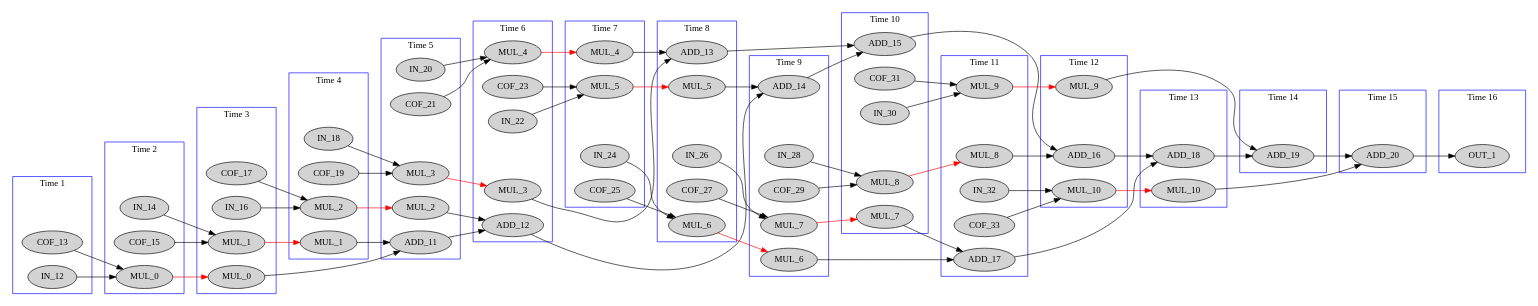
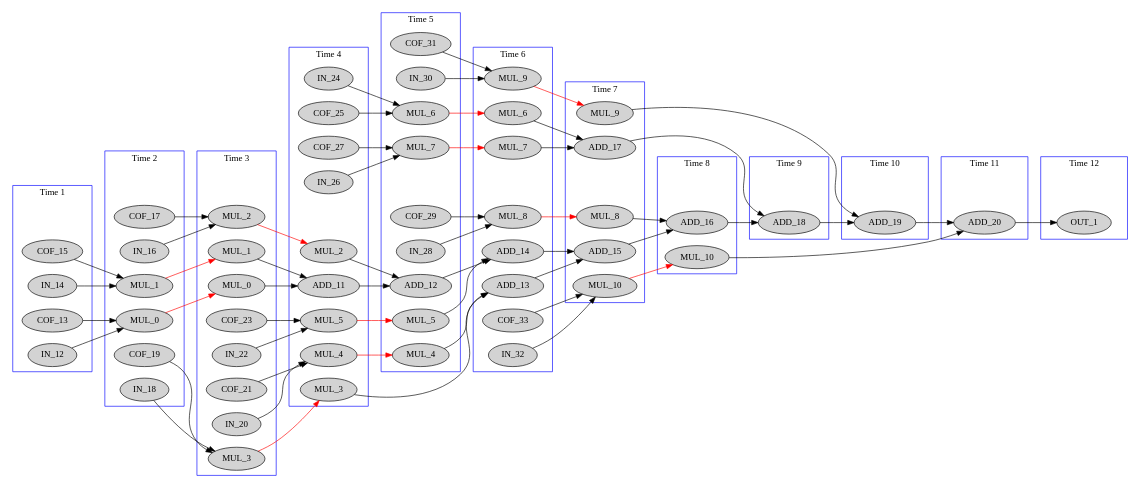
One commit to thegabriele97/TCL-Learning changed the diagram in contest/WORK_ShyHLS/data/out/contest_fir.dot. Above: the diagram before and after it, drawn with Graphviz. The commit also changed 9 other files, not shown here.

```diff
--- a/contest/WORK_ShyHLS/data/out/contest_fir.dot
+++ b/contest/WORK_ShyHLS/data/out/contest_fir.dot
@@ -9,6 +9,8 @@
     pseudo_1 [style=invis];
     IN_12
     COF_13
+    IN_14
+    COF_15
   }
   subgraph cluster_2 {
     rank=same;
@@ -17,8 +19,11 @@
     color = blue;
     pseudo_2 [style=invis];
     MUL_0_0 [label=MUL_0]
-    IN_14
-    COF_15
+    MUL_1_0 [label=MUL_1]
+    IN_16
+    COF_17
+    IN_18
+    COF_19
   }
   subgraph cluster_3 {
     rank=same;
@@ -27,9 +32,13 @@
     color = blue;
     pseudo_3 [style=invis];
     MUL_0_1 [label=MUL_0]
-    MUL_1_0 [label=MUL_1]
-    IN_16
-    COF_17
+    MUL_1_1 [label=MUL_1]
+    MUL_2_0 [label=MUL_2]
+    MUL_3_0 [label=MUL_3]
+    IN_20
+    COF_21
+    IN_22
+    COF_23
   }
   subgraph cluster_4 {
     rank=same;
@@ -37,10 +46,15 @@
     label = "Time 4";
     color = blue;
     pseudo_4 [style=invis];
-    MUL_1_1 [label=MUL_1]
-    MUL_2_0 [label=MUL_2]
-    IN_18
-    COF_19
+    MUL_2_1 [label=MUL_2]
+    MUL_3_1 [label=MUL_3]
+    MUL_4_0 [label=MUL_4]
+    MUL_5_0 [label=MUL_5]
+    ADD_11
+    IN_24
+    COF_25
+    IN_26
+    COF_27
   }
   subgraph cluster_5 {
     rank=same;
@@ -48,11 +62,15 @@
     label = "Time 5";
     color = blue;
     pseudo_5 [style=invis];
-    MUL_2_1 [label=MUL_2]
-    MUL_3_0 [label=MUL_3]
-    ADD_11
-    IN_20
-    COF_21
+    MUL_4_1 [label=MUL_4]
+    MUL_5_1 [label=MUL_5]
+    MUL_6_0 [label=MUL_6]
+    MUL_7_0 [label=MUL_7]
+    ADD_12
+    IN_28
+    COF_29
+    IN_30
+    COF_31
   }
   subgraph cluster_6 {
     rank=same;
@@ -60,11 +78,14 @@
     label = "Time 6";
     color = blue;
     pseudo_6 [style=invis];
-    MUL_3_1 [label=MUL_3]
-    MUL_4_0 [label=MUL_4]
-    ADD_12
-    IN_22
-    COF_23
+    MUL_6_1 [label=MUL_6]
+    MUL_7_1 [label=MUL_7]
+    MUL_8_0 [label=MUL_8]
+    MUL_9_0 [label=MUL_9]
+    ADD_13
+    ADD_14
+    IN_32
+    COF_33
   }
   subgraph cluster_7 {
     rank=same;
@@ -72,10 +93,11 @@
     label = "Time 7";
     color = blue;
     pseudo_7 [style=invis];
-    MUL_4_1 [label=MUL_4]
-    MUL_5_0 [label=MUL_5]
-    IN_24
-    COF_25
+    MUL_8_1 [label=MUL_8]
+    MUL_9_1 [label=MUL_9]
+    MUL_10_0 [label=MUL_10]
+    ADD_15
+    ADD_17
   }
   subgraph cluster_8 {
     rank=same;
@@ -83,11 +105,8 @@
     label = "Time 8";
     color = blue;
     pseudo_8 [style=invis];
-    MUL_5_1 [label=MUL_5]
-    MUL_6_0 [label=MUL_6]
-    ADD_13
-    IN_26
-    COF_27
+    MUL_10_1 [label=MUL_10]
+    ADD_16
   }
   subgraph cluster_9 {
     rank=same;
@@ -95,11 +114,7 @@
     label = "Time 9";
     color = blue;
     pseudo_9 [style=invis];
-    MUL_6_1 [label=MUL_6]
-    MUL_7_0 [label=MUL_7]
-    ADD_14
-    IN_28
-    COF_29
+    ADD_18
   }
   subgraph cluster_10 {
     rank=same;
@@ -107,11 +122,7 @@
     label = "Time 10";
     color = blue;
     pseudo_10 [style=invis];
-    MUL_7_1 [label=MUL_7]
-    MUL_8_0 [label=MUL_8]
-    ADD_15
-    IN_30
-    COF_31
+    ADD_19
   }
   subgraph cluster_11 {
     rank=same;
@@ -119,11 +130,7 @@
     label = "Time 11";
     color = blue;
     pseudo_11 [style=invis];
-    MUL_8_1 [label=MUL_8]
-    MUL_9_0 [label=MUL_9]
-    ADD_17
-    IN_32
-    COF_33
+    ADD_20
   }
   subgraph cluster_12 {
     rank=same;
@@ -131,41 +138,6 @@
     label = "Time 12";
     color = blue;
     pseudo_12 [style=invis];
-    MUL_9_1 [label=MUL_9]
-    MUL_10_0 [label=MUL_10]
-    ADD_16
-  }
-  subgraph cluster_13 {
-    rank=same;
-    node [style=filled];
-    label = "Time 13";
-    color = blue;
-    pseudo_13 [style=invis];
-    MUL_10_1 [label=MUL_10]
-    ADD_18
-  }
-  subgraph cluster_14 {
-    rank=same;
-    node [style=filled];
-    label = "Time 14";
-    color = blue;
-    pseudo_14 [style=invis];
-    ADD_19
-  }
-  subgraph cluster_15 {
-    rank=same;
-    node [style=filled];
-    label = "Time 15";
-    color = blue;
-    pseudo_15 [style=invis];
-    ADD_20
-  }
-  subgraph cluster_16 {
-    rank=same;
-    node [style=filled];
-    label = "Time 16";
-    color = blue;
-    pseudo_16 [style=invis];
     OUT_1
   }
     pseudo_1->pseudo_2 [style=invis];
@@ -179,10 +151,6 @@
     pseudo_9->pseudo_10 [style=invis];
     pseudo_10->pseudo_11 [style=invis];
     pseudo_11->pseudo_12 [style=invis];
-    pseudo_12->pseudo_13 [style=invis];
-    pseudo_13->pseudo_14 [style=invis];
-    pseudo_14->pseudo_15 [style=invis];
-    pseudo_15->pseudo_16 [style=invis];
     MUL_0_0 -> MUL_0_1 [color=red];
     MUL_1_0 -> MUL_1_1 [color=red];
     MUL_2_0 -> MUL_2_1 [color=red];
```
